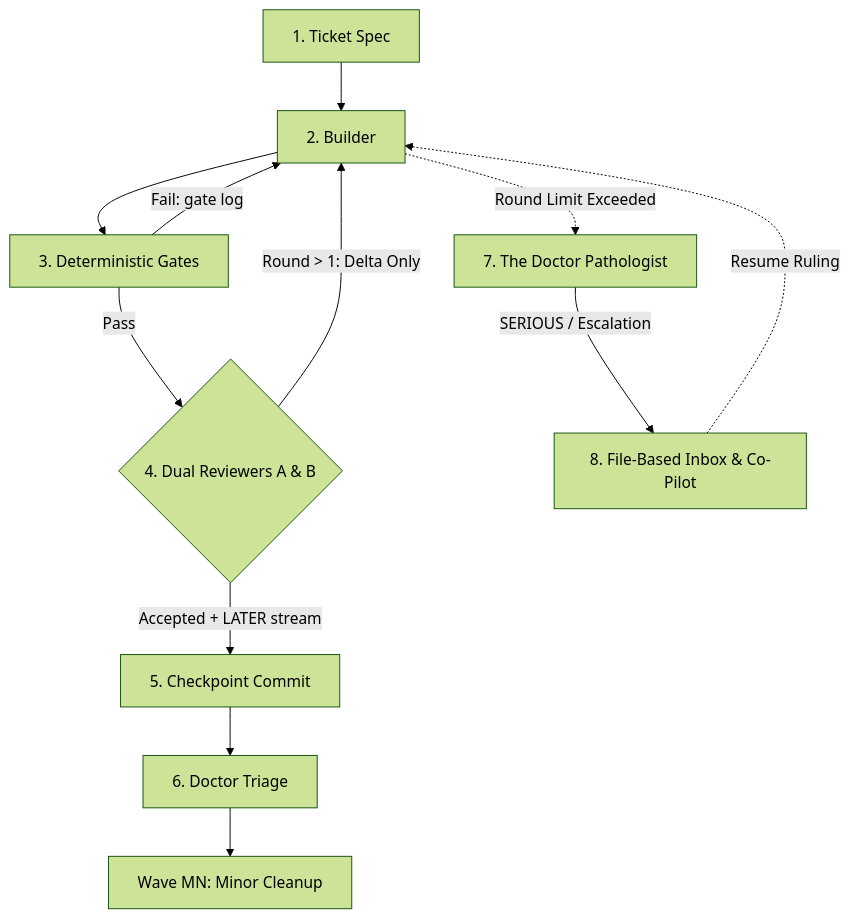
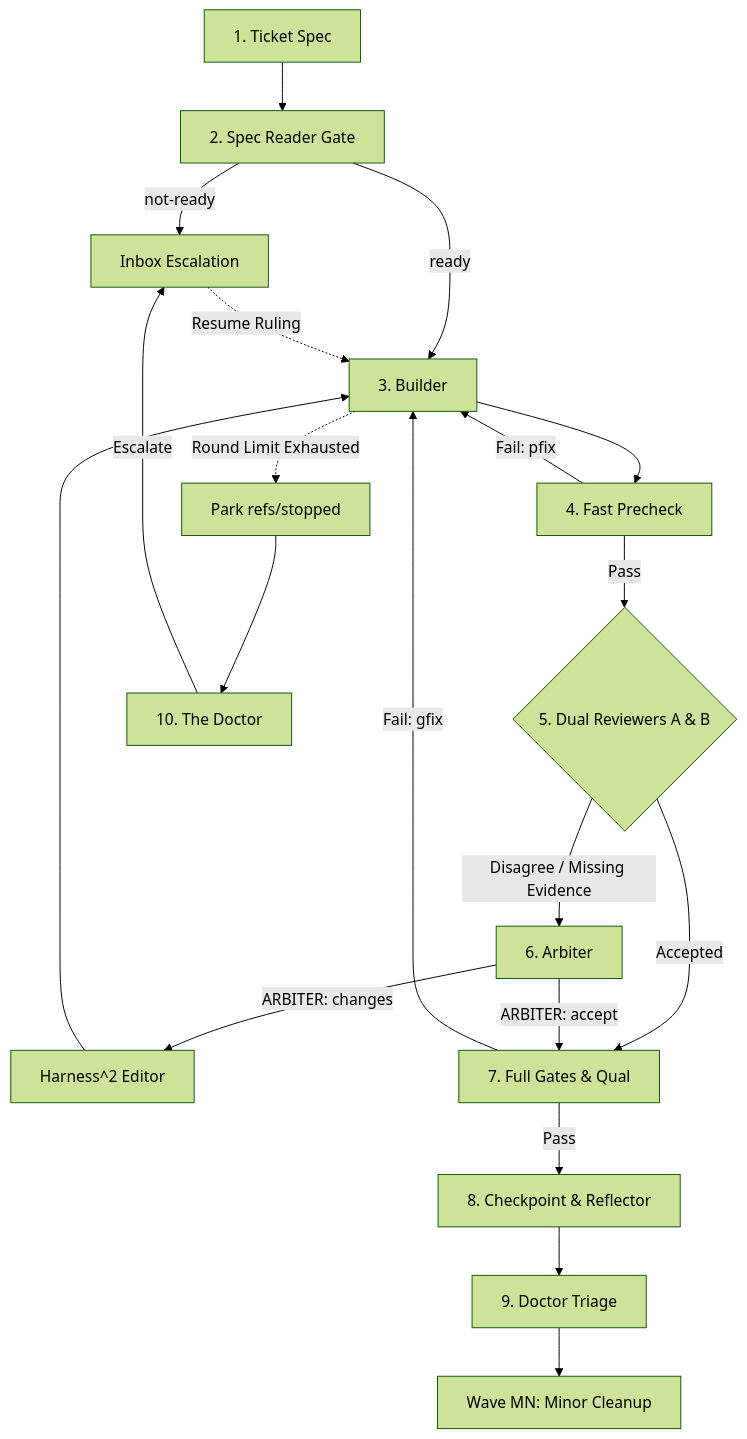
One commit to ankur-paan/agentic-software-factory changed the diagram in README.md. Above: the diagram before and after it, drawn with Mermaid (forest theme). The commit also changed other lines of this file and 21 other files, not shown here.

Commit message:
feat: sync LXC v2 architecture (Spec Check, two-tier gates, Arbiter, Harness^2, Model Broker, Integrator) and README diagram

````diff
--- a/README.md
+++ b/README.md
@@ -23,13 +25,19 @@
 ```mermaid
 flowchart TD
-    Ticket[1. Ticket Spec] --> Builder[2. Builder]
-    Builder --> Gates[3. Deterministic Gates]
-    Gates -->|Fail: gate log| Builder
-    Gates -->|Pass| RevPair{4. Dual Reviewers A & B}
-    RevPair -->|Round > 1: Delta Only| Builder
-    RevPair -->|Accepted + LATER stream| Git[5. Checkpoint Commit]
-    Git --> Triage[6. Doctor Triage] --> WaveMN[Wave MN: Minor Cleanup]
-    Builder -.->|Round Limit Exceeded| Doctor[7. The Doctor Pathologist]
-    Doctor -->|SERIOUS / Escalation| Inbox[8. File-Based Inbox & Co-Pilot]
+    Ticket[1. Ticket Spec] --> SpecCheck[2. Spec Reader Gate]
+    SpecCheck -->|not-ready| Inbox[Inbox Escalation]
+    SpecCheck -->|ready| Builder[3. Builder]
+    Builder --> Precheck[4. Fast Precheck]
+    Precheck -->|Fail: pfix| Builder
+    Precheck -->|Pass| RevPair{5. Dual Reviewers A & B}
+    RevPair -->|Disagree / Missing Evidence| Arbiter[6. Arbiter]
+    Arbiter -->|ARBITER: changes| HarnessEdit[Harness^2 Editor] --> Builder
+    RevPair -->|Accepted| Gates[7. Full Gates & Qual]
+    Arbiter -->|ARBITER: accept| Gates
+    Gates -->|Fail: gfix| Builder
+    Gates -->|Pass| Git[8. Checkpoint & Reflector]
+    Git --> Triage[9. Doctor Triage] --> WaveMN[Wave MN: Minor Cleanup]
+    Builder -.->|Round Limit Exhausted| Park[Park refs/stopped] --> Doctor[10. The Doctor]
+    Doctor -->|Escalate| Inbox
     Inbox -.->|Resume Ruling| Builder
 ```
````
